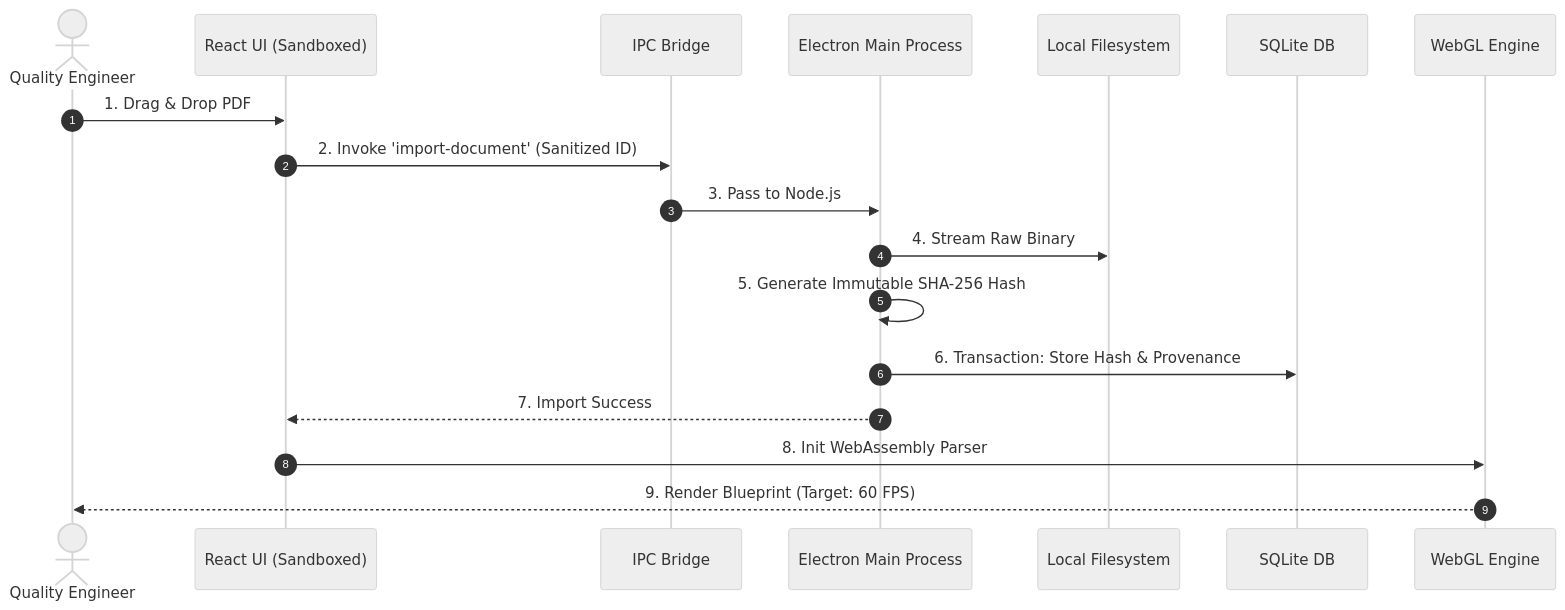
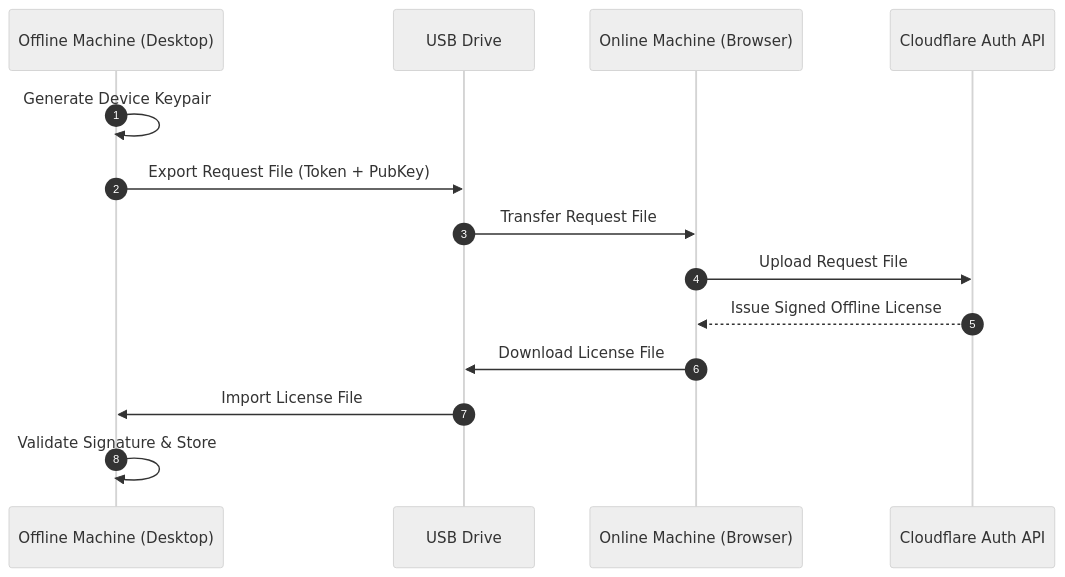
The fourth of 8 diagrams in Phase_3_Desktop_System_Architecture.md (LoonistApp/Loonist), drawn with Mermaid (neutral theme) before and after one commit. The commit also changed other lines of this file, not shown here.

````diff
--- a/Phase_3_Desktop_System_Architecture.md
+++ b/Phase_3_Desktop_System_Architecture.md
@@ -103,21 +160,17 @@
 ```mermaid
 sequenceDiagram
     autonumber
-    actor QE as Quality Engineer
-    participant UI as React UI (Sandboxed)
-    participant Preload as IPC Bridge
-    participant Main as Electron Main Process
-    participant FS as Local Filesystem
-    participant DB as SQLite DB
-    participant Viewport as WebGL Engine
+    participant AirGapped as Offline Machine (Desktop)
+    participant USB as USB Drive
+    participant Online as Online Machine (Browser)
+    participant API as Cloudflare Auth API
 
-    QE->>UI: 1. Drag & Drop PDF
-    UI->>Preload: 2. Invoke 'import-document' (Sanitized ID)
-    Preload->>Main: 3. Pass to Node.js
-    Main->>FS: 4. Stream Raw Binary
-    Main->>Main: 5. Generate Immutable SHA-256 Hash
-    Main->>DB: 6. Transaction: Store Hash & Provenance
-    Main-->>UI: 7. Import Success
-    UI->>Viewport: 8. Init WebAssembly Parser
-    Viewport-->>QE: 9. Render Blueprint (Target: 60 FPS)
+    AirGapped->>AirGapped: Generate Device Keypair
+    AirGapped->>USB: Export Request File (Token + PubKey)
+    USB->>Online: Transfer Request File
+    Online->>API: Upload Request File
+    API-->>Online: Issue Signed Offline License
+    Online->>USB: Download License File
+    USB->>AirGapped: Import License File
+    AirGapped->>AirGapped: Validate Signature & Store
 ```
````
